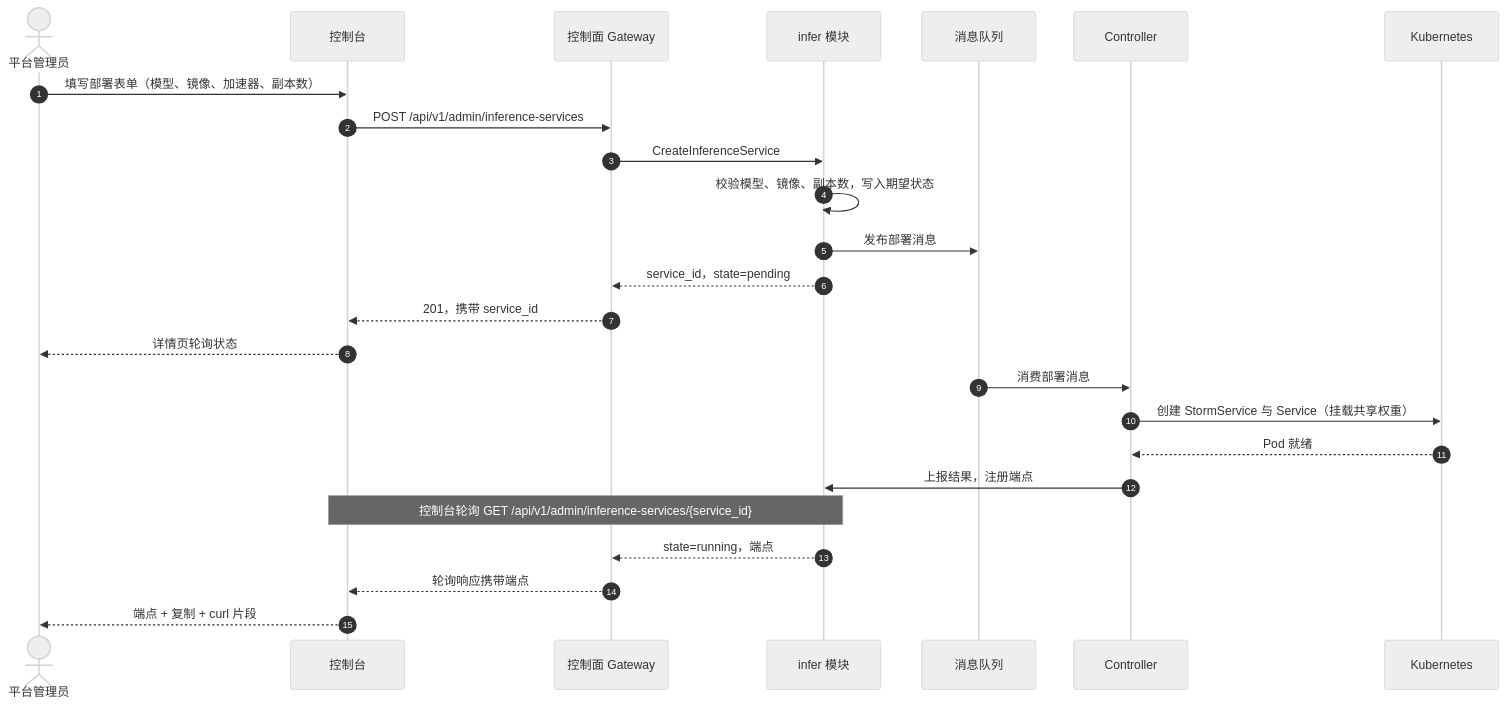
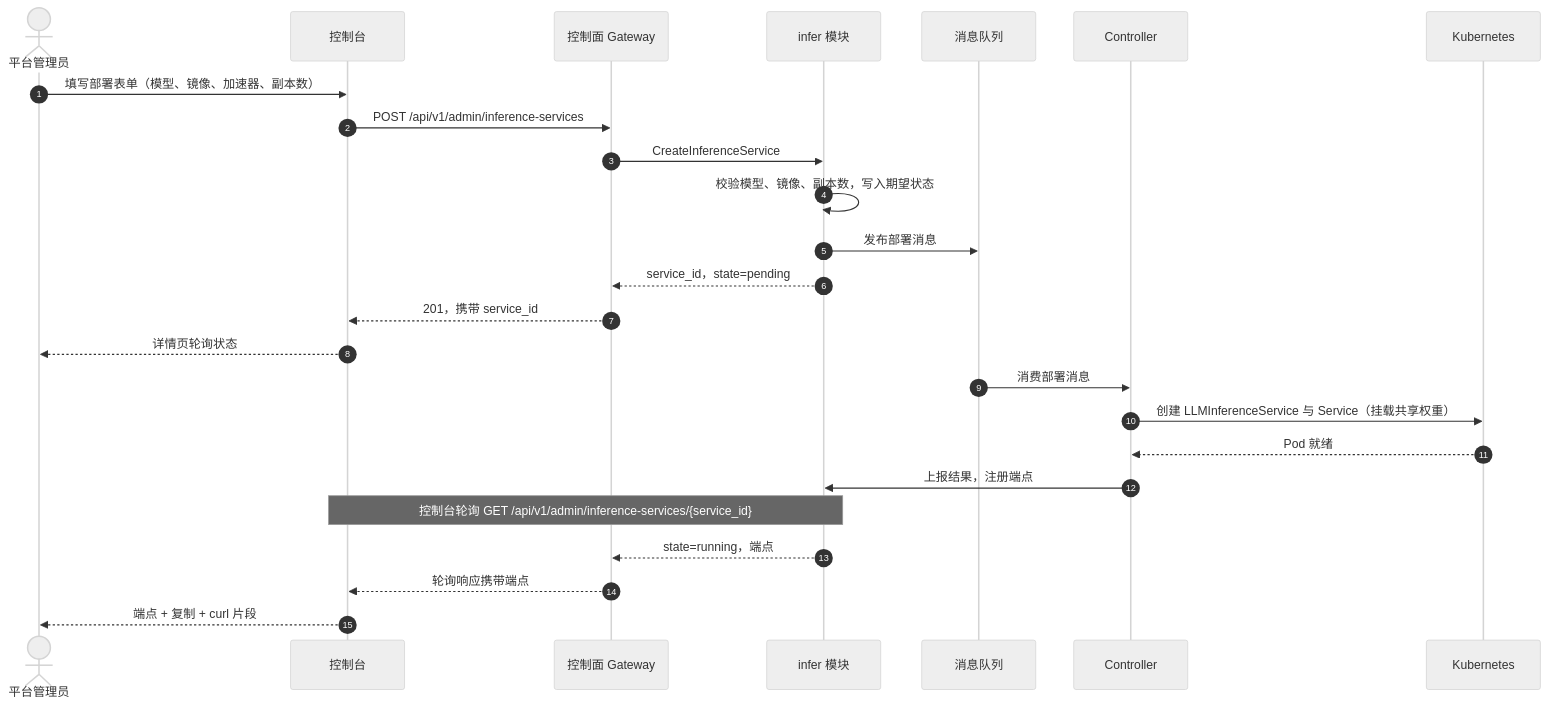
One commit to go-taas/go-taas changed the third of 4 diagrams in site/docs/design/model-catalog-deployment.zh-cn.md. Above: the diagram before and after it, drawn with Mermaid (neutral theme). The commit also changed other lines of this file and 151 other files, not shown here.

````diff
--- a/site/docs/design/model-catalog-deployment.zh-cn.md
+++ b/site/docs/design/model-catalog-deployment.zh-cn.md
@@ -194,28 +194,28 @@
 ```mermaid
 sequenceDiagram
     autonumber
     actor Admin as 平台管理员
     participant Console as 控制台
     participant CGW as 控制面 Gateway
     participant Infer as infer 模块
     participant MQ as 消息队列
     participant CTRL as Controller
     participant K8s as Kubernetes
 
     Admin->>Console: 填写部署表单（模型、镜像、加速器、副本数）
     Console->>CGW: POST /api/v1/admin/inference-services
     CGW->>Infer: CreateInferenceService
     Infer->>Infer: 校验模型、镜像、副本数，写入期望状态
     Infer->>MQ: 发布部署消息
     Infer-->>CGW: service_id，state=pending
     CGW-->>Console: 201，携带 service_id
     Console-->>Admin: 详情页轮询状态
     MQ->>CTRL: 消费部署消息
-    CTRL->>K8s: 创建 StormService 与 Service（挂载共享权重）
+    CTRL->>K8s: 创建 LLMInferenceService 与 Service（挂载共享权重）
     K8s-->>CTRL: Pod 就绪
     CTRL->>Infer: 上报结果，注册端点
     Note over Console,Infer: 控制台轮询 GET /api/v1/admin/inference-services/{service_id}
     Infer-->>CGW: state=running，端点
     CGW-->>Console: 轮询响应携带端点
     Console-->>Admin: 端点 + 复制 + curl 片段
 ```
````
